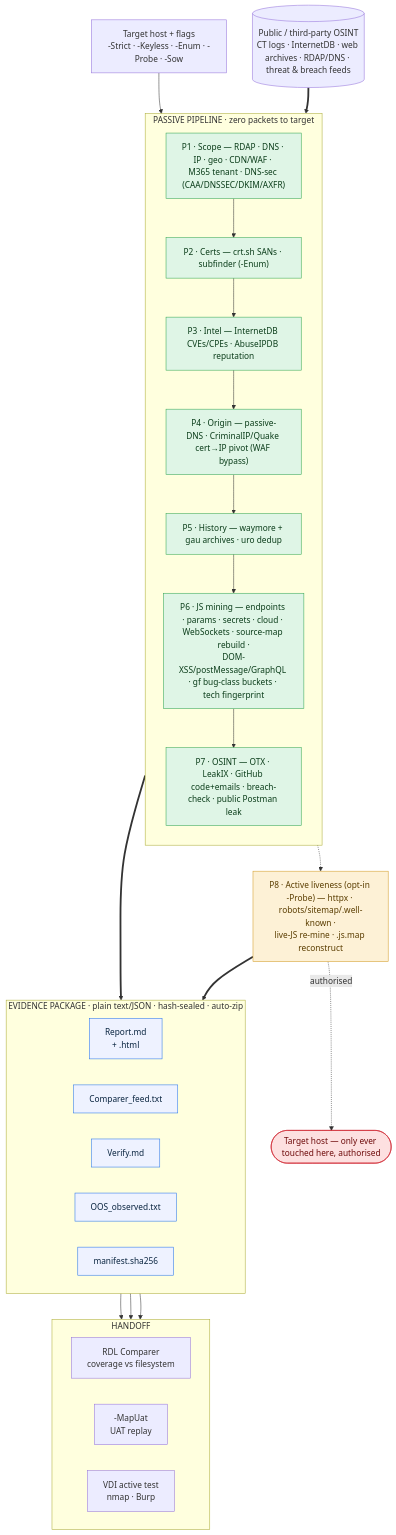
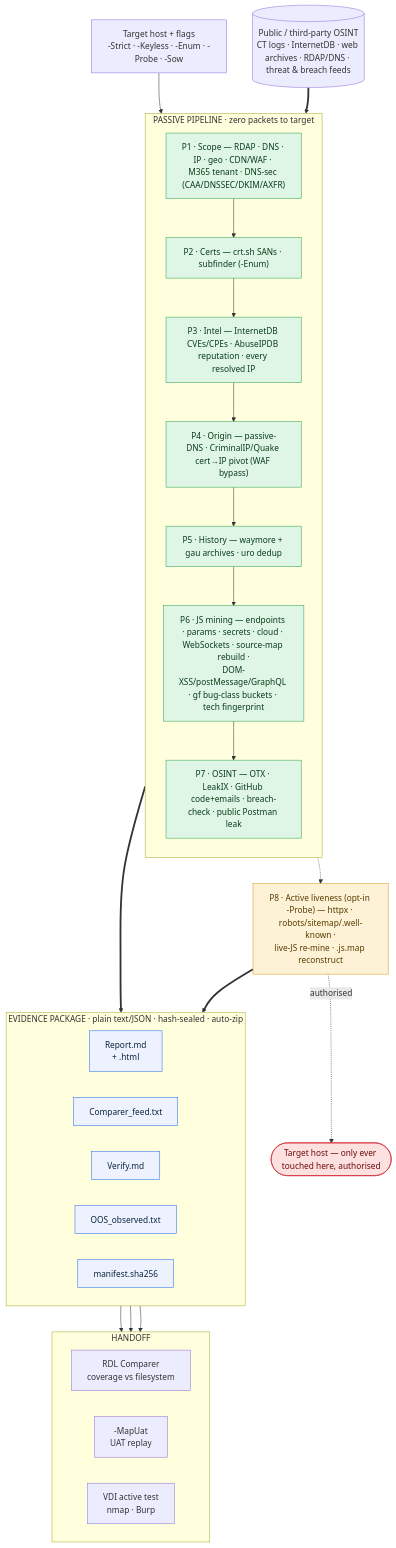
The diagram in README.md (impramodsargar/AssetLens), drawn with Mermaid before and after one commit. The commit also changed other lines of this file, not shown here.

````diff
--- a/README.md
+++ b/README.md
@@ -37,53 +37,53 @@
 ```mermaid
 flowchart TB
     IN["Target host + flags<br/>-Strict · -Keyless · -Enum · -Probe · -Sow"]
     SRC[("Public / third-party OSINT<br/>CT logs · InternetDB · web archives · RDAP/DNS · threat &amp; breach feeds")]
 
     subgraph PASSIVE["PASSIVE PIPELINE  ·  zero packets to target"]
         direction TB
         P1["P1 · Scope — RDAP · DNS · IP · geo · CDN/WAF · M365 tenant · DNS-sec (CAA/DNSSEC/DKIM/AXFR)"]
         P2["P2 · Certs — crt.sh SANs · subfinder (-Enum)"]
-        P3["P3 · Intel — InternetDB CVEs/CPEs · AbuseIPDB reputation"]
+        P3["P3 · Intel — InternetDB CVEs/CPEs · AbuseIPDB reputation · every resolved IP"]
         P4["P4 · Origin — passive-DNS · CriminalIP/Quake cert→IP pivot (WAF bypass)"]
         P5["P5 · History — waymore + gau archives · uro dedup"]
         P6["P6 · JS mining — endpoints · params · secrets · cloud · WebSockets · source-map rebuild ·<br/>DOM-XSS/postMessage/GraphQL · gf bug-class buckets · tech fingerprint"]
         P7["P7 · OSINT — OTX · LeakIX · GitHub code+emails · breach-check · public Postman leak"]
         P1 --> P2 --> P3 --> P4 --> P5 --> P6 --> P7
     end
 
     P8["P8 · Active liveness (opt-in -Probe) — httpx · robots/sitemap/.well-known ·<br/>live-JS re-mine · .js.map reconstruct"]
     TGT(["Target host — only ever touched here, authorised"])
 
     subgraph OUT["EVIDENCE PACKAGE  ·  plain text/JSON · hash-sealed · auto-zip"]
         direction LR
         R["Report.md<br/>+ .html"]
         F["Comparer_feed.txt"]
         V["Verify.md"]
         O["OOS_observed.txt"]
         M["manifest.sha256"]
     end
 
     subgraph HAND["HANDOFF"]
         direction LR
         RDL["RDL Comparer<br/>coverage vs filesystem"]
         UAT["-MapUat<br/>UAT replay"]
         VDI["VDI active test<br/>nmap · Burp"]
     end
 
     IN --> PASSIVE
     SRC ==> PASSIVE
     PASSIVE ==> OUT
     PASSIVE -.-> P8
     P8 -. "authorised" .-> TGT
     P8 ==> OUT
     OUT --> RDL & UAT & VDI
 
     classDef pass fill:#dff5e6,stroke:#2ea44f,color:#0b3d1a;
     classDef act fill:#fdf1d6,stroke:#d29922,color:#5a3d00;
     classDef tgt fill:#fde0e0,stroke:#cf222e,color:#6e0b0b;
     classDef out fill:#eef2ff,stroke:#1f6feb,color:#0a2540;
     class P1,P2,P3,P4,P5,P6,P7 pass;
     class P8 act;
     class TGT tgt;
     class R,F,V,O,M out;
 ```
````
